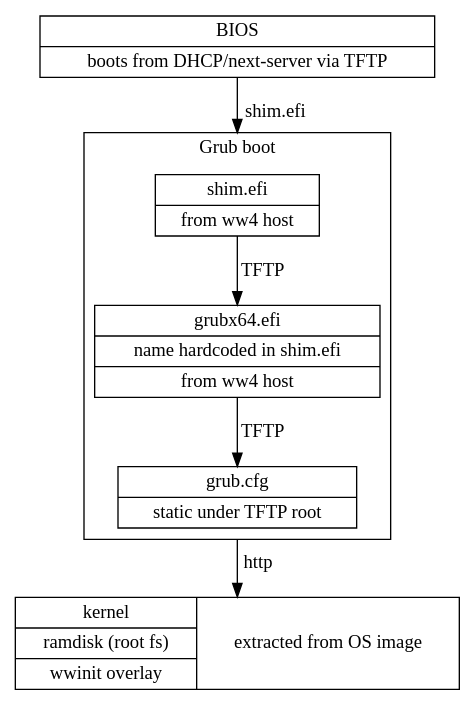
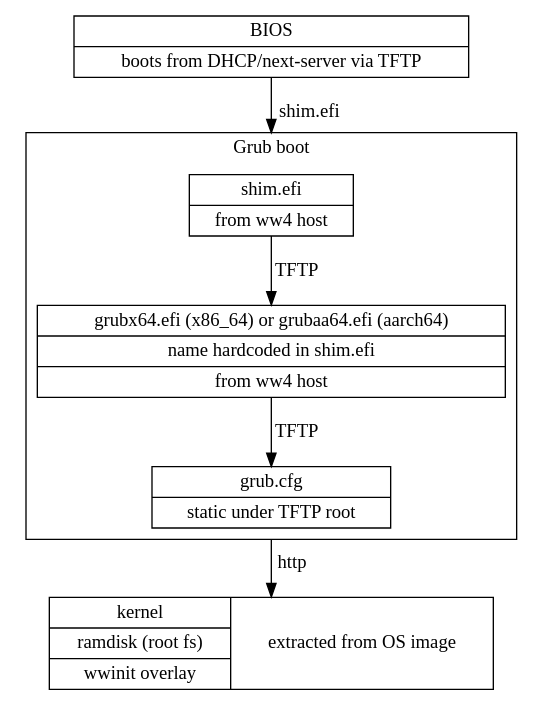
The second of 4 diagrams in userdocs/server/bootloaders.rst (warewulf/warewulf), drawn with Graphviz before and after one commit. The commit also changed 3 other files, not shown here.

Commit message:
Install GRUB under the filename shim expects on aarch64

```diff
--- a/userdocs/server/bootloaders.rst
+++ b/userdocs/server/bootloaders.rst
@@ -221,20 +221,20 @@
 .. graphviz::
 
   digraph G{
       node [shape=box];
       compound=true;
       edge [label2node=true]
       bios [shape=record label="{BIOS | boots from DHCP/next-server via TFTP}"]
 
       bios->shim [lhead=cluster1,label="shim.efi"];
       subgraph cluster1{
         label="Grub boot"
         shim[shape=record label="{shim.efi|from ww4 host}"];
-        grub[shape=record label="{grubx64.efi | name hardcoded in shim.efi|from ww4 host}"]
+        grub[shape=record label="{grubx64.efi (x86_64) or grubaa64.efi (aarch64) | name hardcoded in shim.efi|from ww4 host}"]
         shim->grub[label="TFTP"];
         grubcfg[shape=record label="{grub.cfg|static under TFTP root}"];
         grub->grubcfg[label="TFTP"];
       }
       kernel [shape=record label="{kernel|ramdisk (root fs)|wwinit overlay}|extracted from OS image"];
       grubcfg->kernel[ltail=cluster1,label="http"];
   }
```
